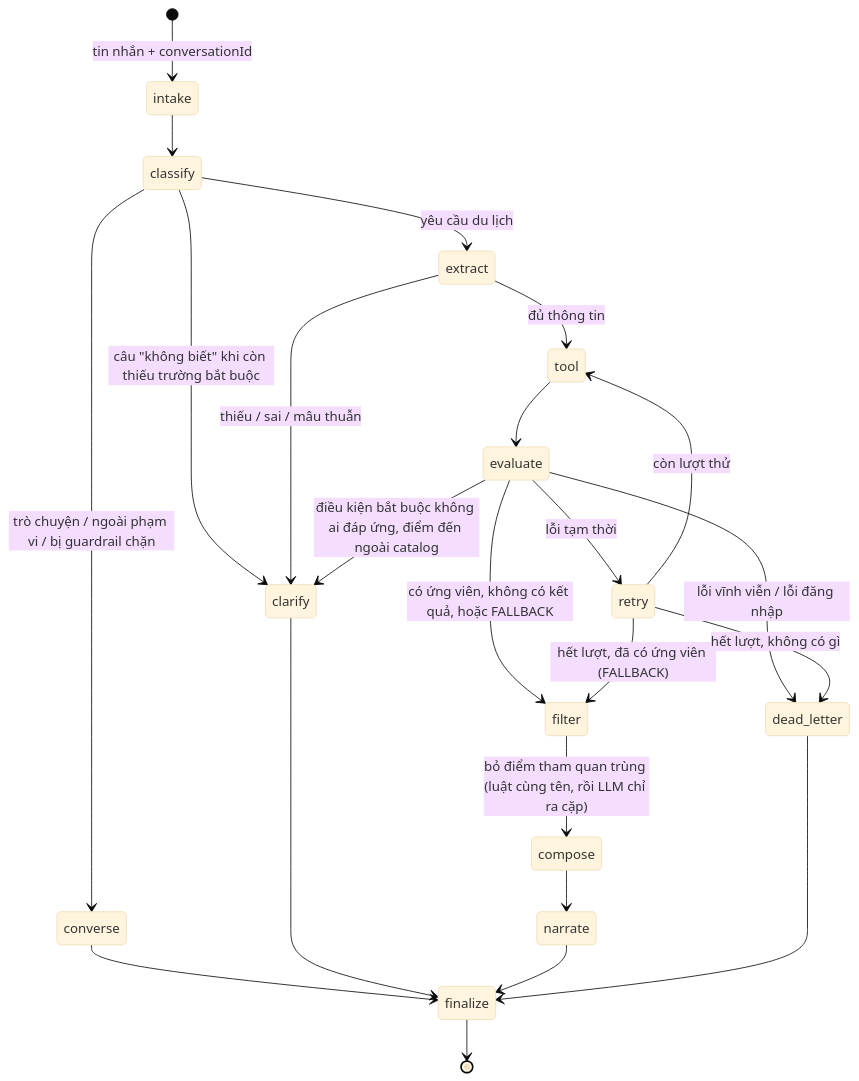
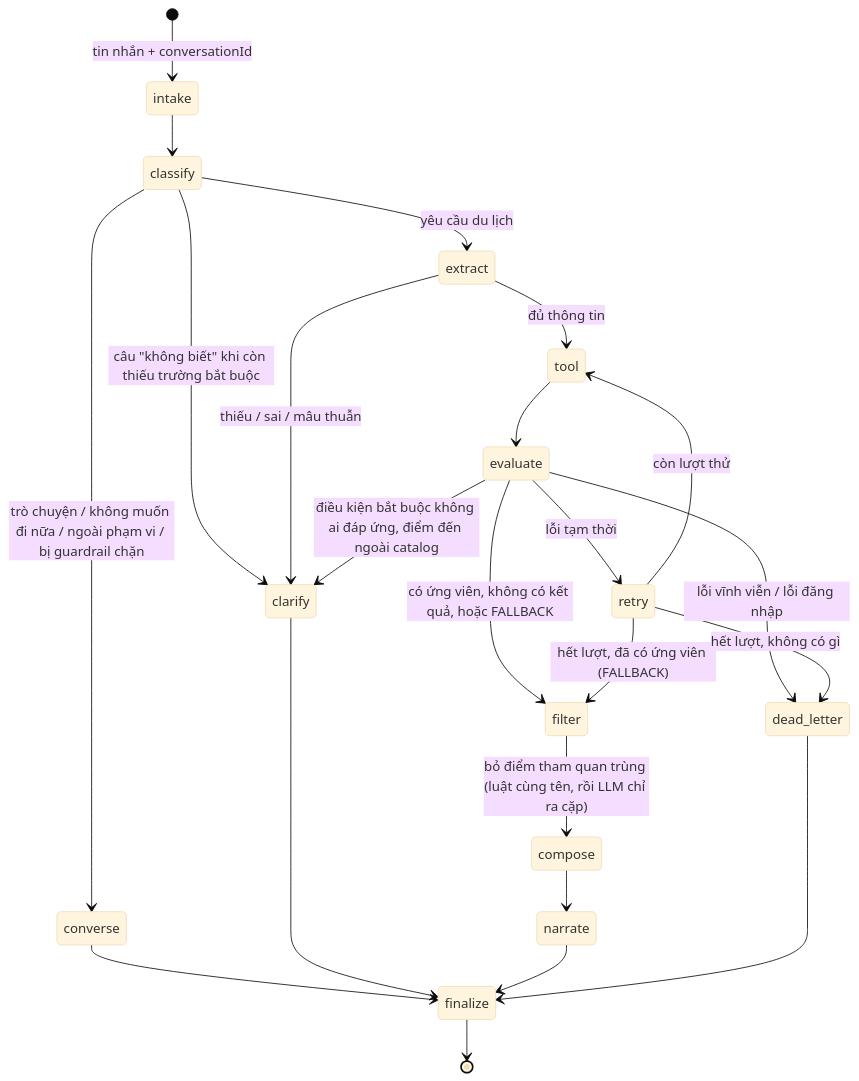
The diagram in docs/spec/agent/nghiep-vu/vong-doi-mot-luot.md (NguyenNhat4/Travel-Recommend-System), drawn with Mermaid (base theme) before and after one commit. The commit also changed 27 other files, not shown here.

````diff
--- a/docs/spec/agent/nghiep-vu/vong-doi-mot-luot.md
+++ b/docs/spec/agent/nghiep-vu/vong-doi-mot-luot.md
@@ -12,25 +12,25 @@
 ```mermaid
 stateDiagram-v2
     [*] --> intake: tin nhắn + conversationId
     intake --> classify
-    classify --> converse: trò chuyện / ngoài phạm vi / bị guardrail chặn
+    classify --> converse: trò chuyện / không muốn đi nữa / ngoài phạm vi / bị guardrail chặn
     classify --> clarify: câu "không biết" khi còn thiếu trường bắt buộc
     classify --> extract: yêu cầu du lịch
     extract --> clarify: thiếu / sai / mâu thuẫn
     extract --> tool: đủ thông tin
     tool --> evaluate
     evaluate --> filter: có ứng viên, không có kết quả, hoặc FALLBACK
     evaluate --> clarify: điều kiện bắt buộc không ai đáp ứng, điểm đến ngoài catalog
     evaluate --> retry: lỗi tạm thời
     evaluate --> dead_letter: lỗi vĩnh viễn / lỗi đăng nhập
     retry --> tool: còn lượt thử
     retry --> filter: hết lượt, đã có ứng viên (FALLBACK)
     retry --> dead_letter: hết lượt, không có gì
     filter --> compose: bỏ điểm tham quan trùng (luật cùng tên, rồi LLM chỉ ra cặp)
     compose --> narrate
     converse --> finalize
     clarify --> finalize
     narrate --> finalize
     dead_letter --> finalize
     finalize --> [*]
 ```
````
